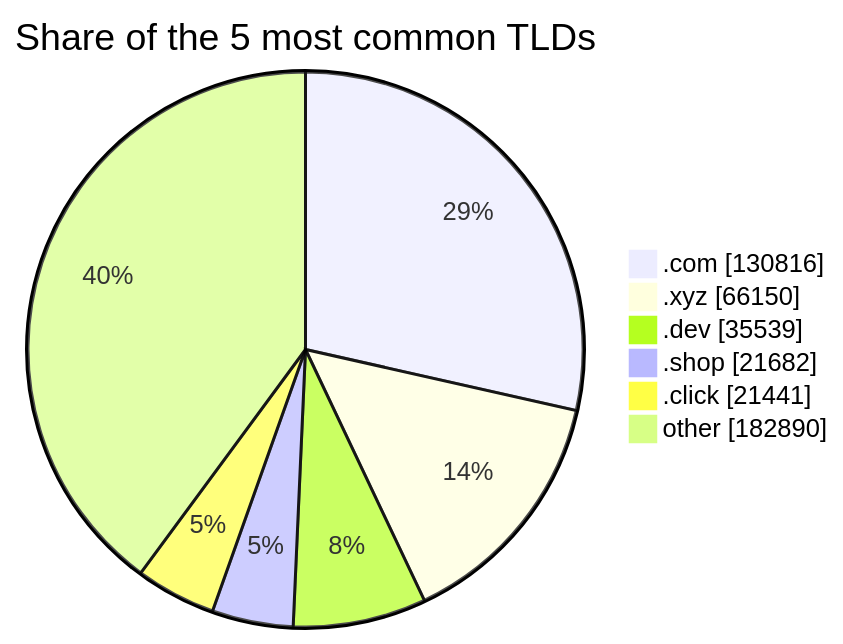
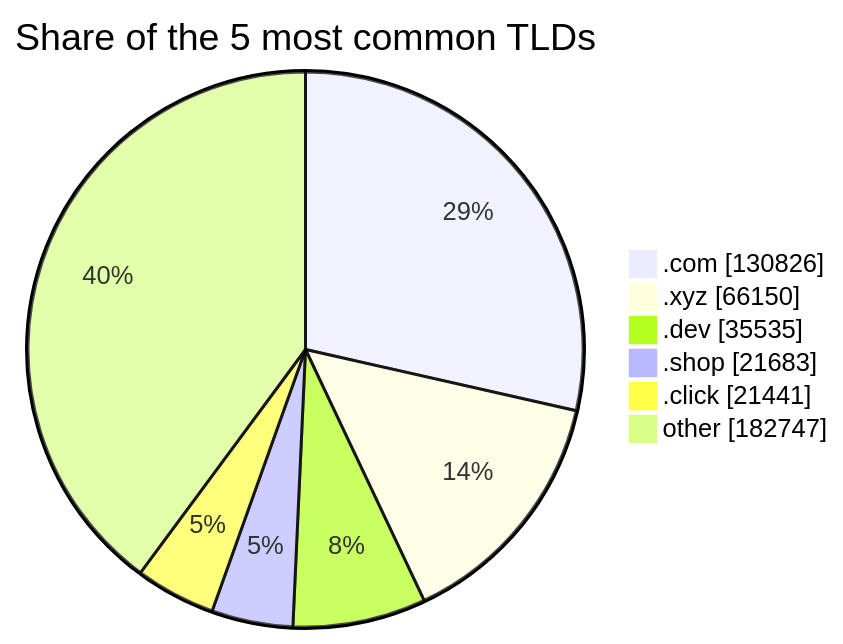
One commit to DNSBunker/CTI changed the third of 3 diagrams in README.md. Above: the diagram before and after it, drawn with Mermaid. The commit also changed other lines of this file and 3 other files, not shown here.

````diff
--- a/README.md
+++ b/README.md
@@ -81,9 +81,9 @@
 ```mermaid
 pie showData title Share of the 5 most common TLDs
-    ".com" : 130816
+    ".com" : 130826
     ".xyz" : 66150
-    ".dev" : 35539
-    ".shop" : 21682
+    ".dev" : 35535
+    ".shop" : 21683
     ".click" : 21441
-    "other" : 182890
+    "other" : 182747
 ```
````
